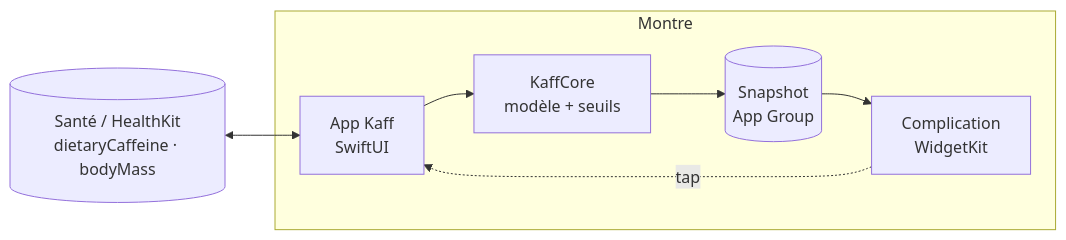
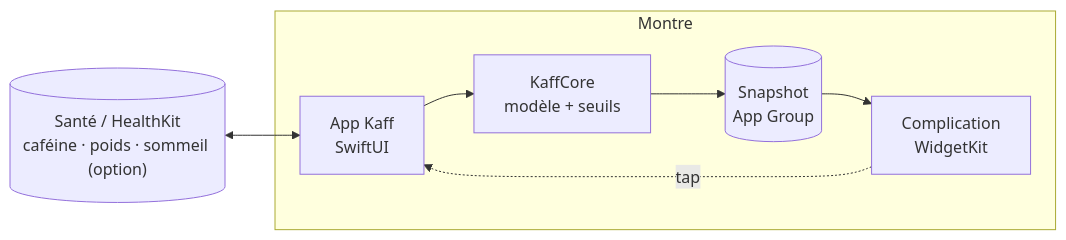
Before and after one commit to NicolasBataille/Kaff: the second of 2 diagrams in README.md, drawn with Mermaid. The commit also changed other lines of this file, not shown here.

````diff
--- a/README.md
+++ b/README.md
@@ -98,10 +228,10 @@
 ```mermaid
 flowchart LR
     subgraph Montre
         UI["App Kaff<br/>SwiftUI"] --> Core["KaffCore<br/>modèle + seuils"]
         Core --> Snap[("Snapshot<br/>App Group")]
         Snap --> Widget["Complication<br/>WidgetKit"]
     end
-    Sante[("Santé / HealthKit<br/>dietaryCaffeine · bodyMass")] <--> UI
+    Sante[("Santé / HealthKit<br/>caféine · poids · sommeil (option)")] <--> UI
     Widget -. tap .-> UI
 ```
````
